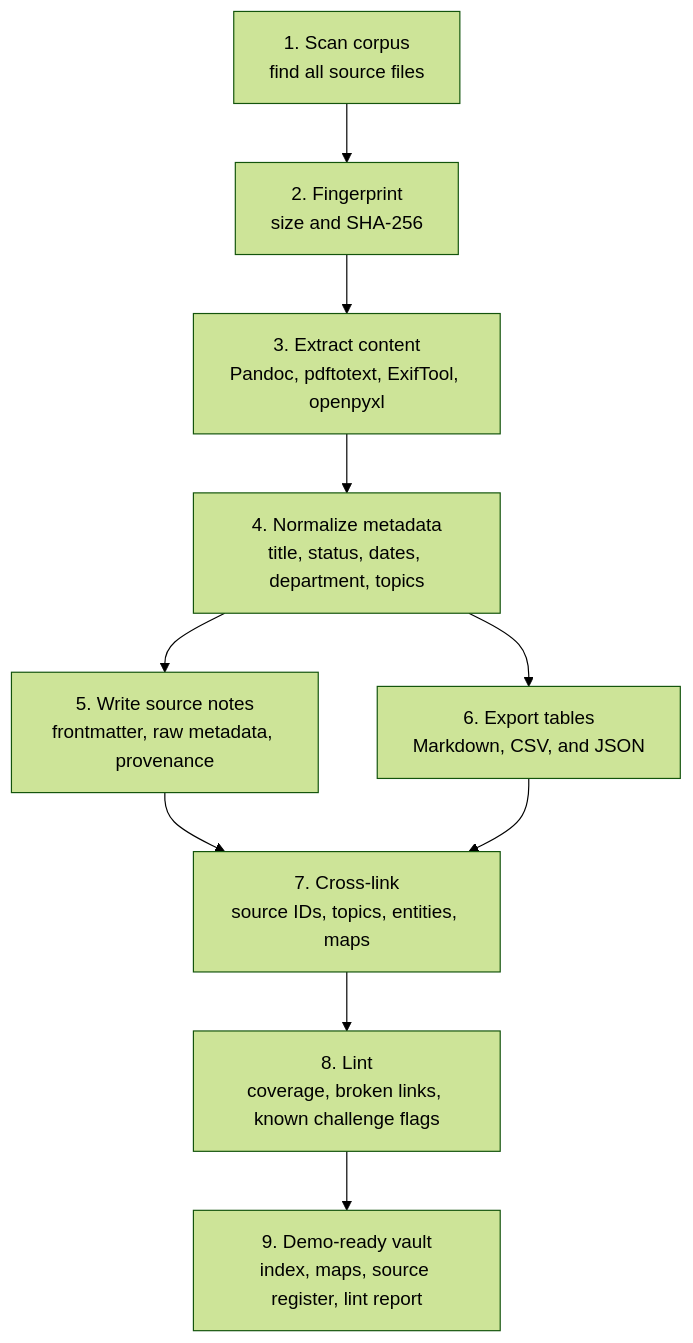
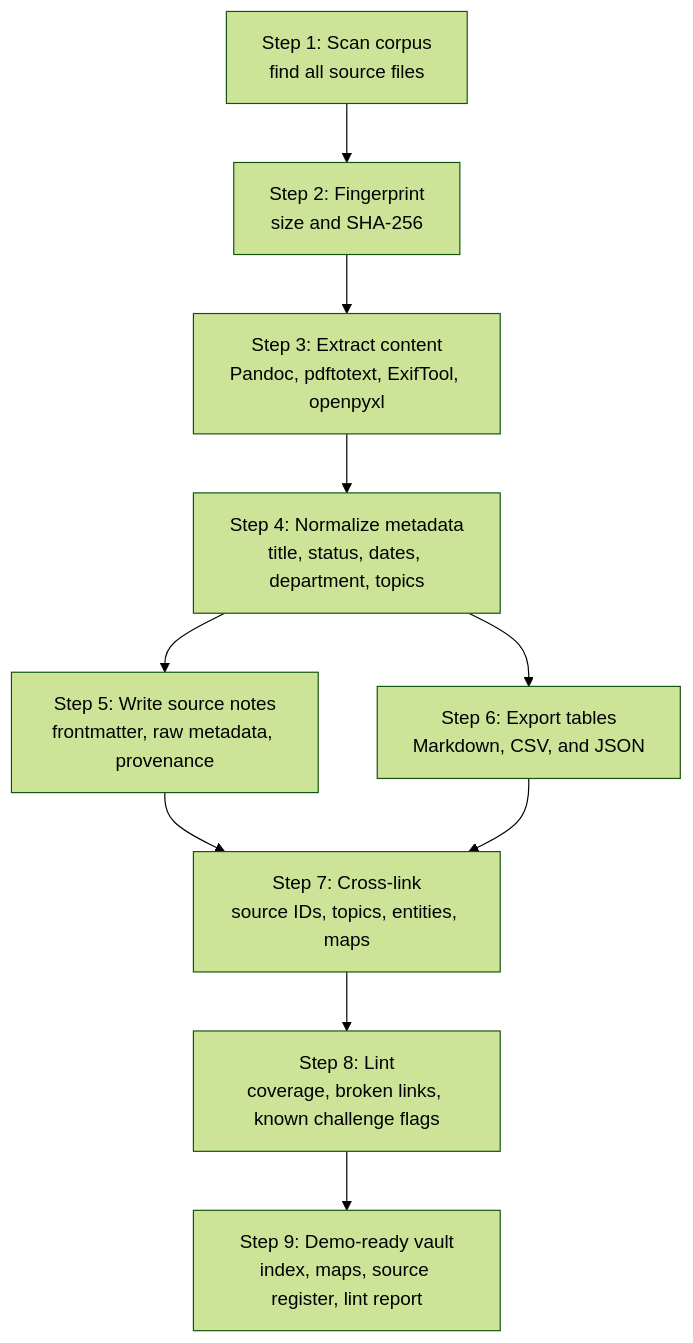
Before and after one commit to chris-page-gov/ai-engineering-lab-hackathon-london-2026: the second of 3 diagrams in challenge-2/wiki/architecture.md, drawn with Mermaid (forest theme). The commit also changed 9 other files, not shown here.

````diff
--- a/challenge-2/wiki/architecture.md
+++ b/challenge-2/wiki/architecture.md
@@ -45,12 +45,12 @@
 ```mermaid
 flowchart TD
-  Scan["1. Scan corpus\nfind all source files"] --> Fingerprint["2. Fingerprint\nsize and SHA-256"]
-  Fingerprint --> Extract["3. Extract content\nPandoc, pdftotext, ExifTool, openpyxl"]
-  Extract --> Normalize["4. Normalize metadata\ntitle, status, dates, department, topics"]
-  Normalize --> SourceNotes["5. Write source notes\nfrontmatter, raw metadata, provenance"]
-  Normalize --> Tables["6. Export tables\nMarkdown, CSV, and JSON"]
-  SourceNotes --> Link["7. Cross-link\nsource IDs, topics, entities, maps"]
+  Scan["Step 1: Scan corpus\nfind all source files"] --> Fingerprint["Step 2: Fingerprint\nsize and SHA-256"]
+  Fingerprint --> Extract["Step 3: Extract content\nPandoc, pdftotext, ExifTool, openpyxl"]
+  Extract --> Normalize["Step 4: Normalize metadata\ntitle, status, dates, department, topics"]
+  Normalize --> SourceNotes["Step 5: Write source notes\nfrontmatter, raw metadata, provenance"]
+  Normalize --> Tables["Step 6: Export tables\nMarkdown, CSV, and JSON"]
+  SourceNotes --> Link["Step 7: Cross-link\nsource IDs, topics, entities, maps"]
   Tables --> Link
-  Link --> LintStep["8. Lint\ncoverage, broken links, known challenge flags"]
-  LintStep --> Demo["9. Demo-ready vault\nindex, maps, source register, lint report"]
+  Link --> LintStep["Step 8: Lint\ncoverage, broken links, known challenge flags"]
+  LintStep --> Demo["Step 9: Demo-ready vault\nindex, maps, source register, lint report"]
 ```
````
